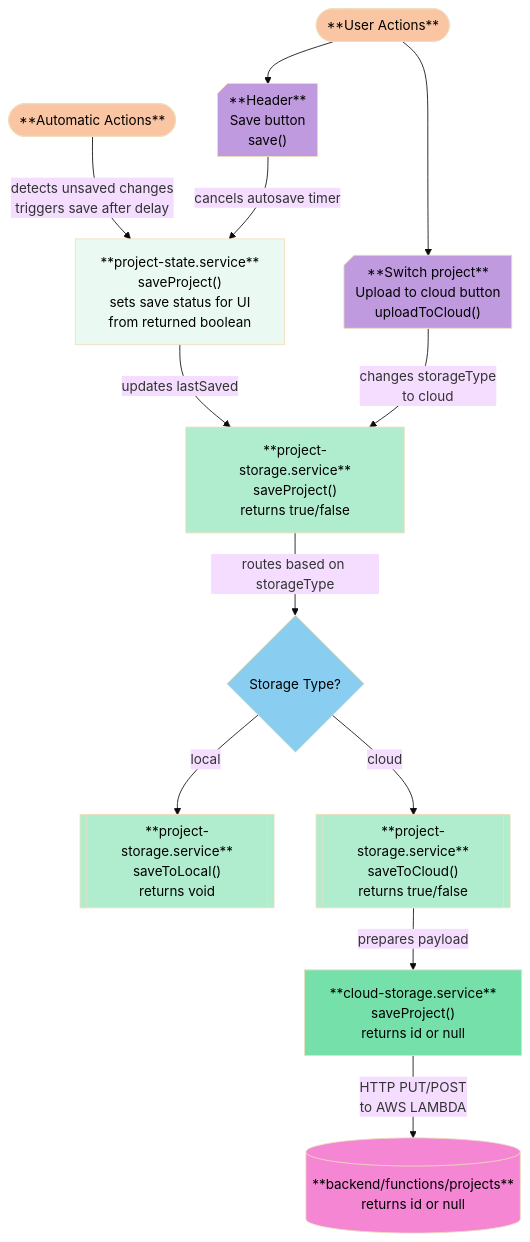
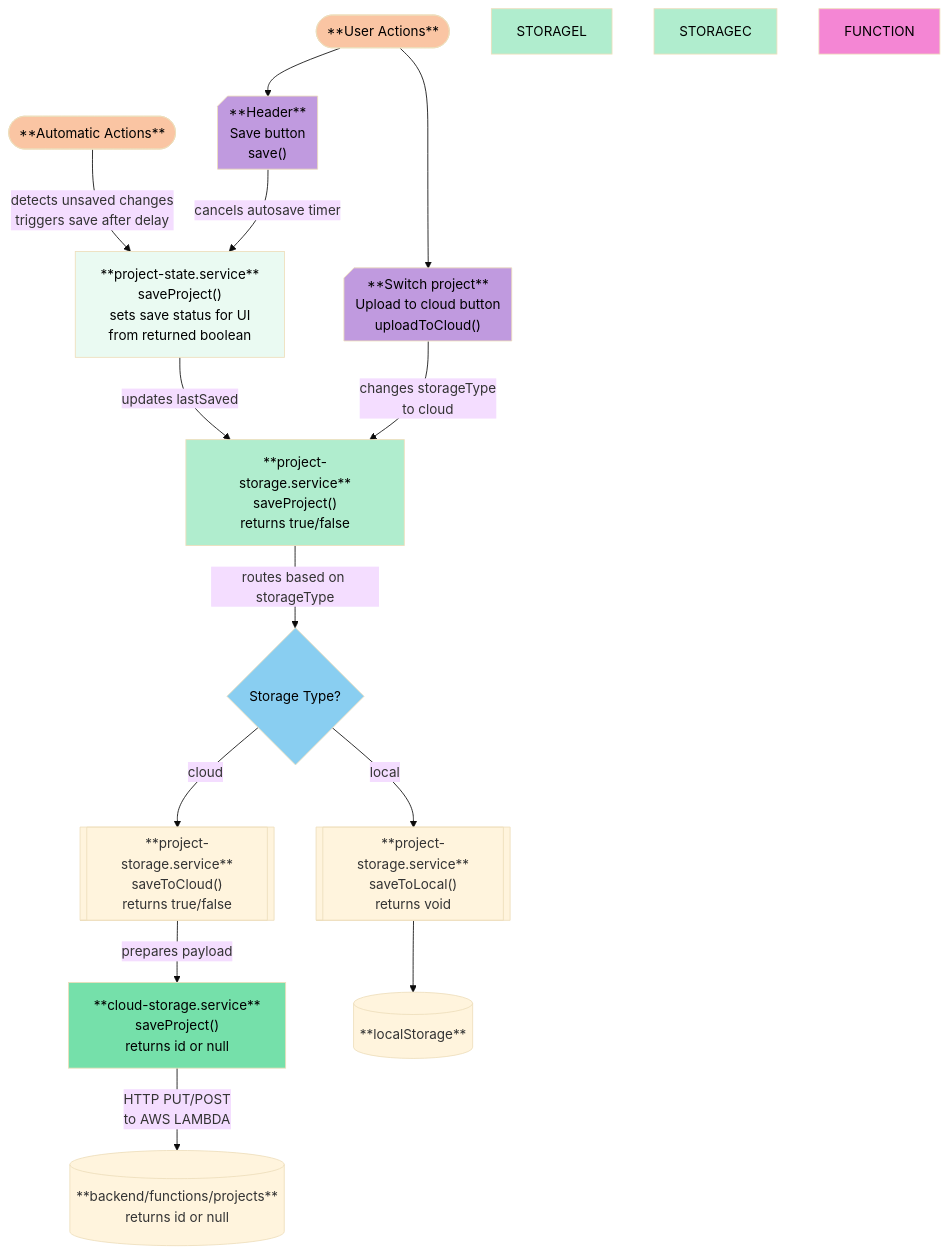
Before and after one commit to cra-proto/design-assistant: the diagram in README.md, drawn with Mermaid (base theme).

Commit message:
Update storage chart

````diff
--- a/README.md
+++ b/README.md
@@ -209,39 +209,41 @@
 ```mermaid
 flowchart TB
     AUTO(["**Automatic Actions**"])
     USER(["**User Actions**"])
     HEADER["**Header**<br>Save button<br>save()"]
     SWITCH["**Switch project**<br>Upload to cloud button<br>uploadToCloud()"]
     STATE["**project-state.service**<br>saveProject()<br>sets save status for UI<br>from returned boolean"]
     STORAGE["**project-storage.service**<br>saveProject()<br>returns true/false"]
     TYPE{"Storage Type?"}
-    STORAGEL[["**project-storage.service**<br>saveToLocal()<br>returns void"]]
-    STORAGEC[["**project-storage.service**<br>saveToCloud()<br>returns true/false"]]
+    STORAGELOCAL[["**project-storage.service**<br>saveToLocal()<br>returns void"]]
+    STORAGECLOUD[["**project-storage.service**<br>saveToCloud()<br>returns true/false"]]
     CLOUD["**cloud-storage.service**<br>saveProject()<br>returns id or null"]
-    FUNCTION[("**backend/functions/projects**<br>returns id or null")]
+    CLOUDSAVE[("**backend/functions/projects**<br>returns id or null")]
+    LOCALSAVE[("**localStorage**")]
 
     AUTO -- detects unsaved changes<br>triggers save after delay--> STATE
     USER --> HEADER & SWITCH
     HEADER --cancels autosave timer--> STATE
     STATE --updates lastSaved--> STORAGE
     SWITCH --changes storageType<br>to cloud--> STORAGE
     STORAGE --routes based on storageType--> TYPE
-    TYPE --local--> STORAGEL
-    TYPE --cloud--> STORAGEC
-    STORAGEC --prepares payload--> CLOUD
-    CLOUD --HTTP PUT/POST<br>to AWS LAMBDA--> FUNCTION
+    TYPE --local--> STORAGELOCAL
+    TYPE --cloud--> STORAGECLOUD
+    STORAGECLOUD --prepares payload--> CLOUD
+    CLOUD --HTTP PUT/POST<br>to AWS LAMBDA--> CLOUDSAVE
+    STORAGELOCAL --> LOCALSAVE
     
     HEADER@{ shape: card}
     SWITCH@{ shape: card}
     style AUTO fill:#fac5a3,color:#000000
     style USER fill:#fac5a3,color:#000000
     style HEADER fill:#c09adf,color:#000000
     style SWITCH fill:#c09adf,color:#000000
     style STATE fill:#eafaf2,color:#000000
     style STORAGE fill:#b0edce,color:#000000
     style TYPE fill:#89cef1,color:#000000
     style STORAGEL fill:#b0edce,color:#000000
     style STORAGEC fill:#b0edce,color:#000000
     style CLOUD fill:#75e0aa,color:#000000
     style FUNCTION fill:#f486d4,color:#000000
 ```
````
